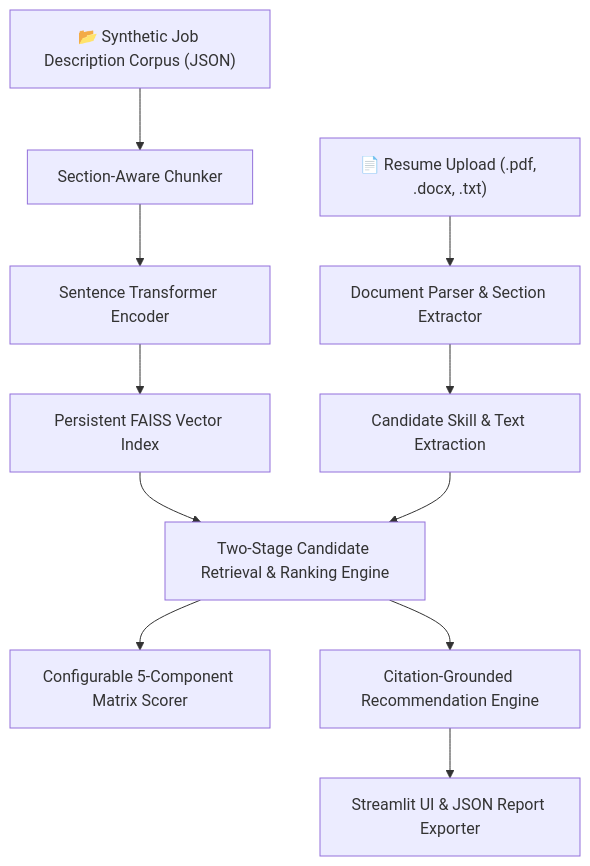
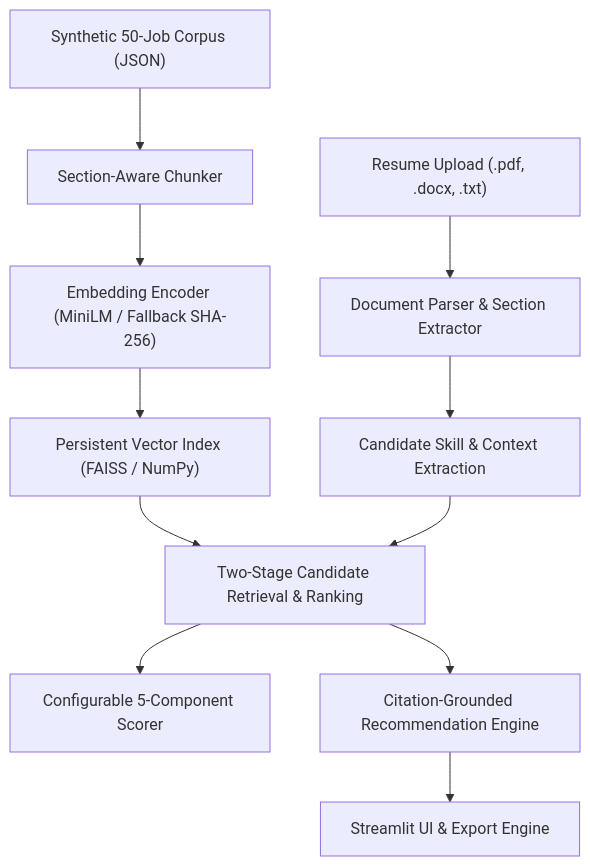
One commit to shivangisrivastava013/AI-Career-RAG-Assistant changed the diagram in README.md. Above: the diagram before and after it, drawn with Mermaid. The commit also changed other lines of this file, not shown here.

Commit message:
docs(benchmarks): add end-to-end walkthrough, ablation tables, synthetic labels, and clean emojis

````diff
--- a/README.md
+++ b/README.md
@@ -28,13 +30,13 @@
 ```mermaid
 flowchart TD
-    A["📄 Resume Upload (.pdf, .docx, .txt)"] --> B["Document Parser & Section Extractor"]
-    C["📂 Synthetic Job Description Corpus (JSON)"] --> D["Section-Aware Chunker"]
-    D --> E["Sentence Transformer Encoder"]
-    E --> F["Persistent FAISS Vector Index"]
-    B --> G["Candidate Skill & Text Extraction"]
-    F --> H["Two-Stage Candidate Retrieval & Ranking Engine"]
+    A["Resume Upload (.pdf, .docx, .txt)"] --> B["Document Parser & Section Extractor"]
+    C["Synthetic 50-Job Corpus (JSON)"] --> D["Section-Aware Chunker"]
+    D --> E["Embedding Encoder (MiniLM / Fallback SHA-256)"]
+    E --> F["Persistent Vector Index (FAISS / NumPy)"]
+    B --> G["Candidate Skill & Context Extraction"]
+    F --> H["Two-Stage Candidate Retrieval & Ranking"]
     G --> H
-    H --> I["Configurable 5-Component Matrix Scorer"]
+    H --> I["Configurable 5-Component Scorer"]
     H --> J["Citation-Grounded Recommendation Engine"]
-    J --> K["Streamlit UI & JSON Report Exporter"]
+    J --> K["Streamlit UI & Export Engine"]
 ```
````
